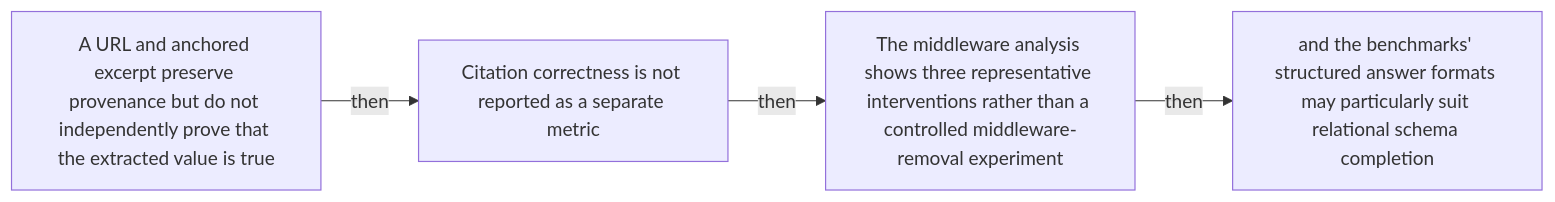
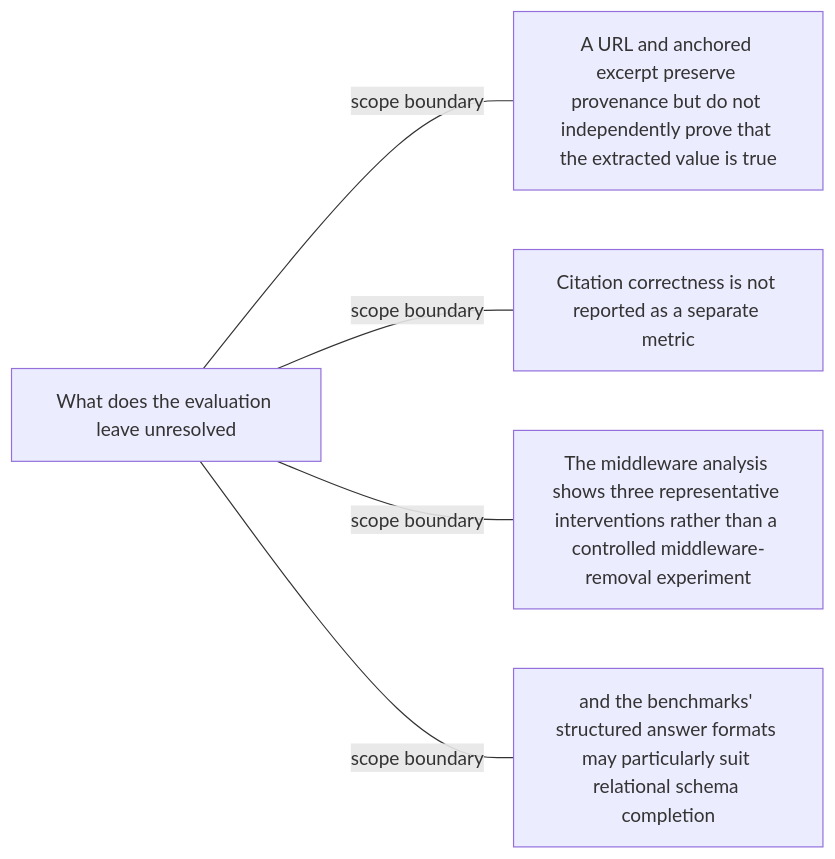
One commit to Betancourt1/paper_atlas changed diagram 42 of 51 in docs/visual-manifests/VISUAL_MANIFEST_SEARCHOS_V1.md. Above: the diagram before and after it, drawn with Mermaid. The commit also changed other lines of this file and 7 other files, not shown here.

````diff
--- a/docs/visual-manifests/VISUAL_MANIFEST_SEARCHOS_V1.md
+++ b/docs/visual-manifests/VISUAL_MANIFEST_SEARCHOS_V1.md
@@ -3541,10 +3555,12 @@
 ```mermaid
 flowchart LR
-  n1["A URL and anchored excerpt preserve provenance but do not independently prove that the extracted value is true"]
-  n2["Citation correctness is not reported as a separate metric"]
-  n3["The middleware analysis shows three representative interventions rather than a controlled middleware-removal experiment"]
-  n4["and the benchmarks' structured answer formats may particularly suit relational schema completion"]
-  n1 -->|"then"| n2
-  n2 -->|"then"| n3
-  n3 -->|"then"| n4
+  center["What does the evaluation leave unresolved"]
+  f1["A URL and anchored excerpt preserve provenance but do not independently prove that the extracted value is true"]
+  f2["Citation correctness is not reported as a separate metric"]
+  f3["The middleware analysis shows three representative interventions rather than a controlled middleware-removal experiment"]
+  f4["and the benchmarks' structured answer formats may particularly suit relational schema completion"]
+  center ---|"scope boundary"| f1
+  center ---|"scope boundary"| f2
+  center ---|"scope boundary"| f3
+  center ---|"scope boundary"| f4
 ```
````
